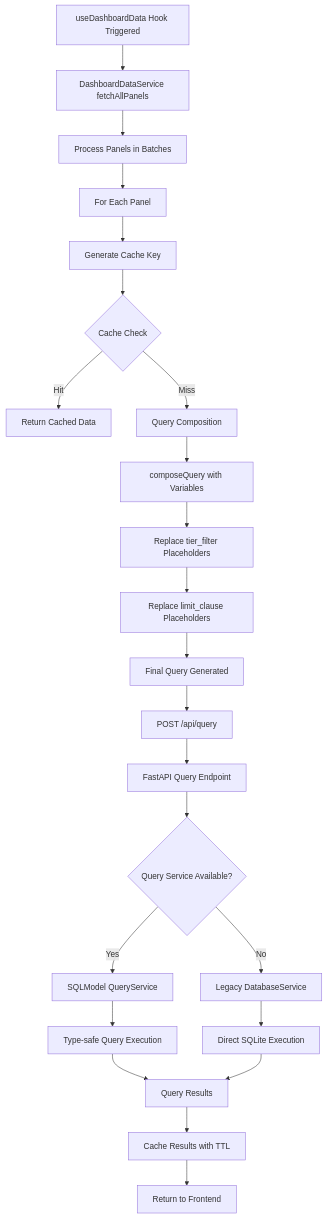
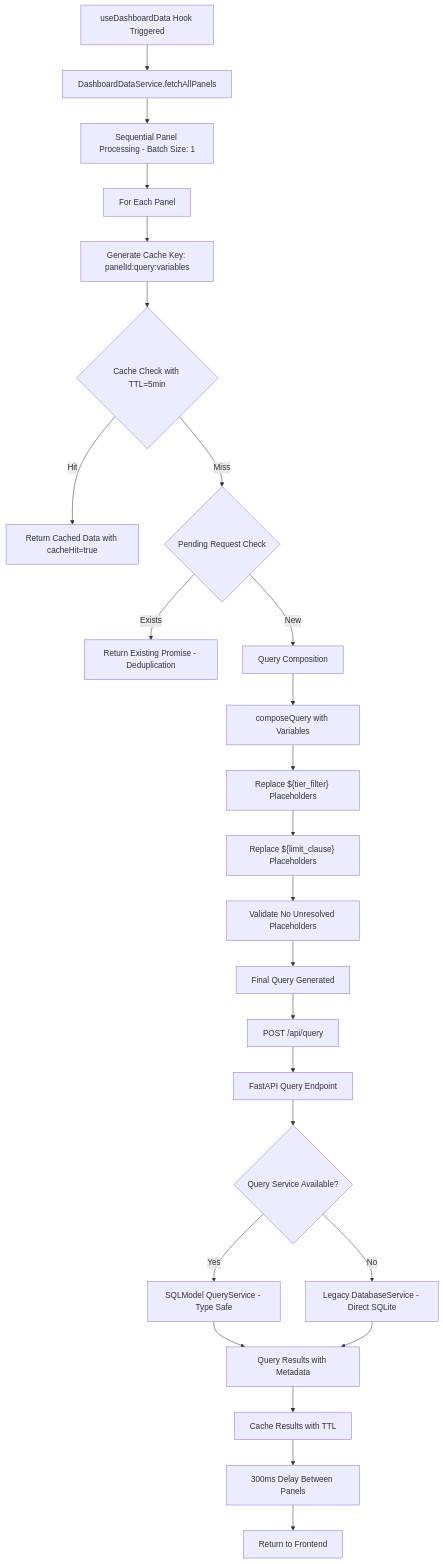
The third of 4 diagrams in docs/dashboard_data_flow_analysis.md (bdeland/TowerIQ), drawn with Mermaid before and after one commit. The commit also changed other lines of this file and 6 other files, not shown here.

````diff
--- a/docs/dashboard_data_flow_analysis.md
+++ b/docs/dashboard_data_flow_analysis.md
@@ -64,30 +75,31 @@
 ```mermaid
 graph TD
-    A[useDashboardData Hook Triggered] --> B[DashboardDataService fetchAllPanels]
-    B --> C[Process Panels in Batches]
+    A[useDashboardData Hook Triggered] --> B[DashboardDataService.fetchAllPanels]
+    B --> C[Sequential Panel Processing - Batch Size: 1]
     C --> D[For Each Panel]
     
-    D --> E[Generate Cache Key]
-    E --> F{Cache Check}
-    F -->|Hit| G[Return Cached Data]
-    F -->|Miss| H[Query Composition]
+    D --> E[Generate Cache Key: panelId:query:variables]
+    E --> F{Cache Check with TTL=5min}
+    F -->|Hit| G[Return Cached Data with cacheHit=true]
+    F -->|Miss| H{Pending Request Check}
+    H -->|Exists| I[Return Existing Promise - Deduplication]
+    H -->|New| J[Query Composition]
     
-    H --> I[composeQuery with Variables]
-    I --> J["Replace tier_filter Placeholders"]
-    J --> K["Replace limit_clause Placeholders"]
-    K --> L[Final Query Generated]
+    J --> K[composeQuery with Variables]
+    K --> L["Replace ${tier_filter} Placeholders"]
+    L --> M["Replace ${limit_clause} Placeholders"]
+    M --> N[Validate No Unresolved Placeholders]
+    N --> O[Final Query Generated]
     
-    L --> M["POST /api/query"]
-    M --> N[FastAPI Query Endpoint]
-    N --> O{Query Service Available?}
-    O -->|Yes| P[SQLModel QueryService]
-    O -->|No| Q[Legacy DatabaseService]
+    O --> P["POST /api/query"]
+    P --> Q[FastAPI Query Endpoint]
+    Q --> R{Query Service Available?}
+    R -->|Yes| S[SQLModel QueryService - Type Safe]
+    R -->|No| T[Legacy DatabaseService - Direct SQLite]
     
-    P --> R[Type-safe Query Execution]
-    Q --> S[Direct SQLite Execution]
-    
-    R --> T[Query Results]
-    S --> T
-    T --> U[Cache Results with TTL]
-    U --> V[Return to Frontend]
+    S --> U[Query Results with Metadata]
+    T --> U
+    U --> V[Cache Results with TTL]
+    V --> W[300ms Delay Between Panels]
+    W --> X[Return to Frontend]
 ```
````
